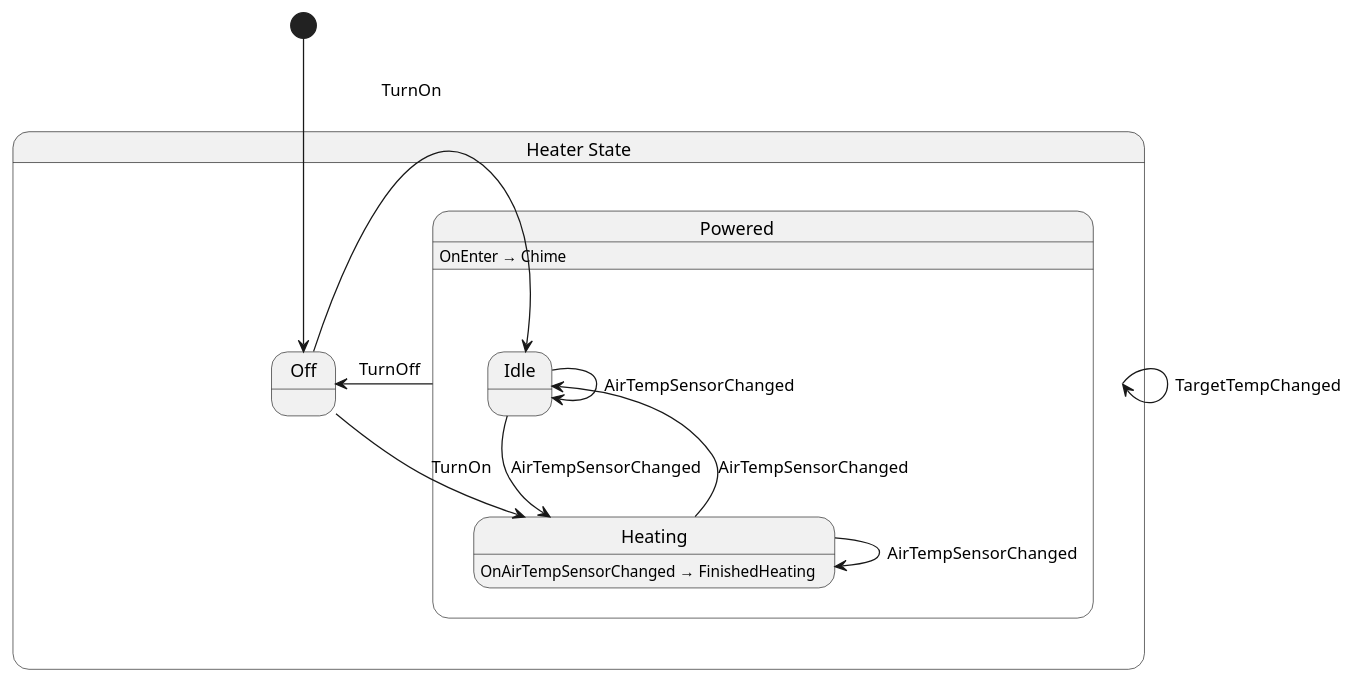
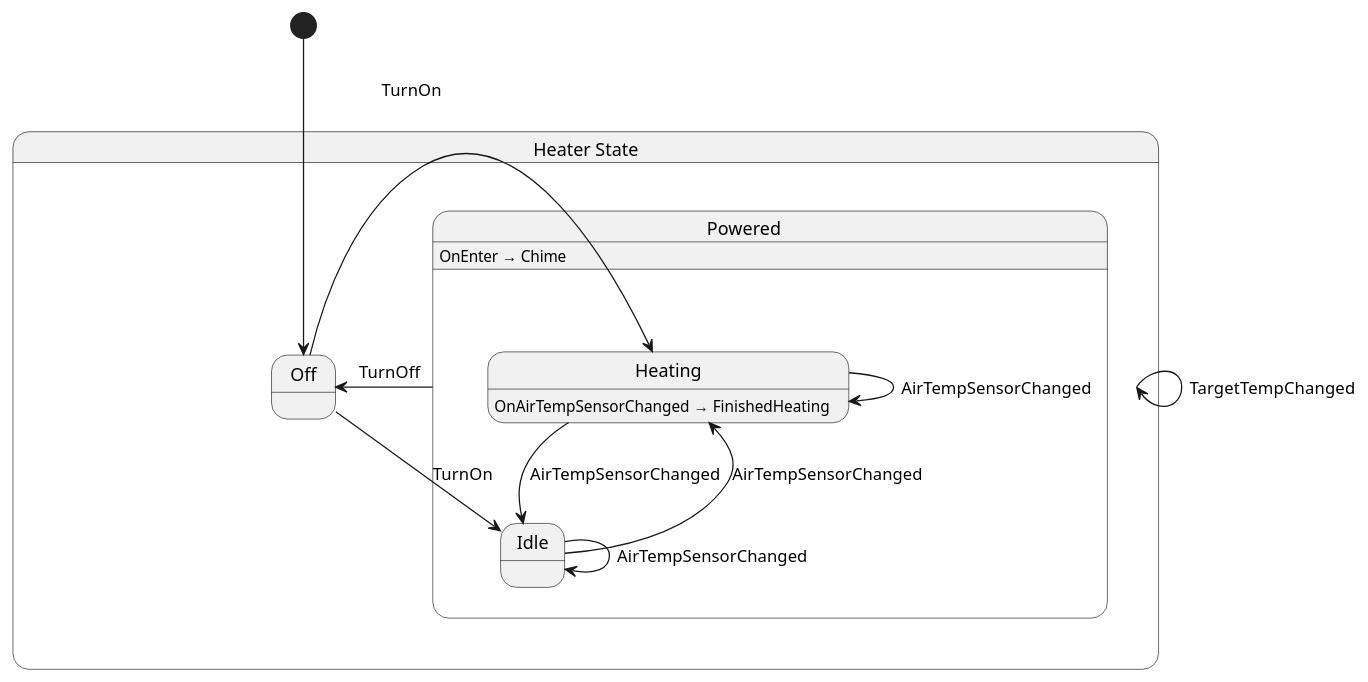
One commit to chickensoft-games/LogicBlocks changed the diagram in Chickensoft.LogicBlocks.DiagramGenerator.Tests/test_cases/Heater.g.puml. Above: the diagram before and after it, drawn with PlantUML. The commit also changed other lines of this file and 8 other files, not shown here.

```diff
--- a/Chickensoft.LogicBlocks.DiagramGenerator.Tests/test_cases/Heater.g.puml
+++ b/Chickensoft.LogicBlocks.DiagramGenerator.Tests/test_cases/Heater.g.puml
@@ -1,23 +1,23 @@
 @startuml Heater
 state "Heater State" as Chickensoft_LogicBlocks_DiagramGenerator_Tests_TestCases_Heater_State {
+  state "Off" as Chickensoft_LogicBlocks_DiagramGenerator_Tests_TestCases_Heater_State_Off
   state "Powered" as Chickensoft_LogicBlocks_DiagramGenerator_Tests_TestCases_Heater_State_Powered {
+    state "Heating" as Chickensoft_LogicBlocks_DiagramGenerator_Tests_TestCases_Heater_State_Heating
     state "Idle" as Chickensoft_LogicBlocks_DiagramGenerator_Tests_TestCases_Heater_State_Idle
-    state "Heating" as Chickensoft_LogicBlocks_DiagramGenerator_Tests_TestCases_Heater_State_Heating
   }
-  state "Off" as Chickensoft_LogicBlocks_DiagramGenerator_Tests_TestCases_Heater_State_Off
 }
 
 Chickensoft_LogicBlocks_DiagramGenerator_Tests_TestCases_Heater_State --> Chickensoft_LogicBlocks_DiagramGenerator_Tests_TestCases_Heater_State : TargetTempChanged
 Chickensoft_LogicBlocks_DiagramGenerator_Tests_TestCases_Heater_State_Heating --> Chickensoft_LogicBlocks_DiagramGenerator_Tests_TestCases_Heater_State_Heating : AirTempSensorChanged
 Chickensoft_LogicBlocks_DiagramGenerator_Tests_TestCases_Heater_State_Heating --> Chickensoft_LogicBlocks_DiagramGenerator_Tests_TestCases_Heater_State_Idle : AirTempSensorChanged
 Chickensoft_LogicBlocks_DiagramGenerator_Tests_TestCases_Heater_State_Idle --> Chickensoft_LogicBlocks_DiagramGenerator_Tests_TestCases_Heater_State_Heating : AirTempSensorChanged
 Chickensoft_LogicBlocks_DiagramGenerator_Tests_TestCases_Heater_State_Idle --> Chickensoft_LogicBlocks_DiagramGenerator_Tests_TestCases_Heater_State_Idle : AirTempSensorChanged
 Chickensoft_LogicBlocks_DiagramGenerator_Tests_TestCases_Heater_State_Off --> Chickensoft_LogicBlocks_DiagramGenerator_Tests_TestCases_Heater_State_Heating : TurnOn
 Chickensoft_LogicBlocks_DiagramGenerator_Tests_TestCases_Heater_State_Off --> Chickensoft_LogicBlocks_DiagramGenerator_Tests_TestCases_Heater_State_Idle : TurnOn
 Chickensoft_LogicBlocks_DiagramGenerator_Tests_TestCases_Heater_State_Powered --> Chickensoft_LogicBlocks_DiagramGenerator_Tests_TestCases_Heater_State_Off : TurnOff
 
 Chickensoft_LogicBlocks_DiagramGenerator_Tests_TestCases_Heater_State_Heating : OnAirTempSensorChanged → FinishedHeating
 Chickensoft_LogicBlocks_DiagramGenerator_Tests_TestCases_Heater_State_Powered : OnEnter → Chime
 
 [*] --> Chickensoft_LogicBlocks_DiagramGenerator_Tests_TestCases_Heater_State_Off
 @enduml
```
